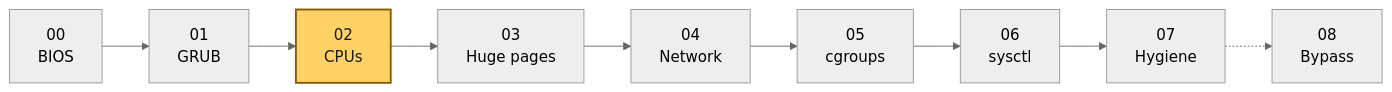
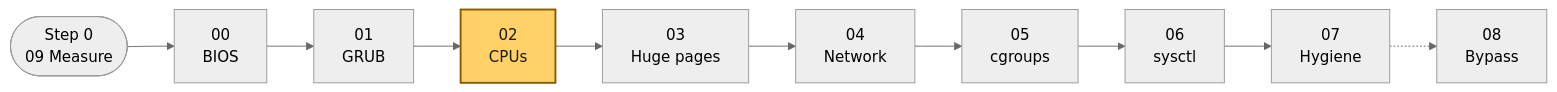
The first of 3 diagrams in guides/02-cpu-core-isolation.md (vitor-tadashi/mechanical-sympathy), drawn with Mermaid (neutral theme) before and after one commit. The commit also changed 15 other files, not shown here.

````diff
--- a/guides/02-cpu-core-isolation.md
+++ b/guides/02-cpu-core-isolation.md
@@ -20,7 +20,7 @@
 ```mermaid
 flowchart LR
-  g00["00<br/>BIOS"] --> g01["01<br/>GRUB"] --> g02["02<br/>CPUs"] --> g03["03<br/>Huge pages"] --> g04["04<br/>Network"]
+  g09m(["Step 0<br/>09 Measure"]) --> g00["00<br/>BIOS"] --> g01["01<br/>GRUB"] --> g02["02<br/>CPUs"] --> g03["03<br/>Huge pages"] --> g04["04<br/>Network"]
   g04 --> g05["05<br/>cgroups"] --> g06["06<br/>sysctl"] --> g07["07<br/>Hygiene"] -.-> g08["08<br/>Bypass"]
   class g02 focus
   classDef focus fill:#ffd166,stroke:#8a5a00,color:#1a1a1a,stroke-width:2px
 ```
````
